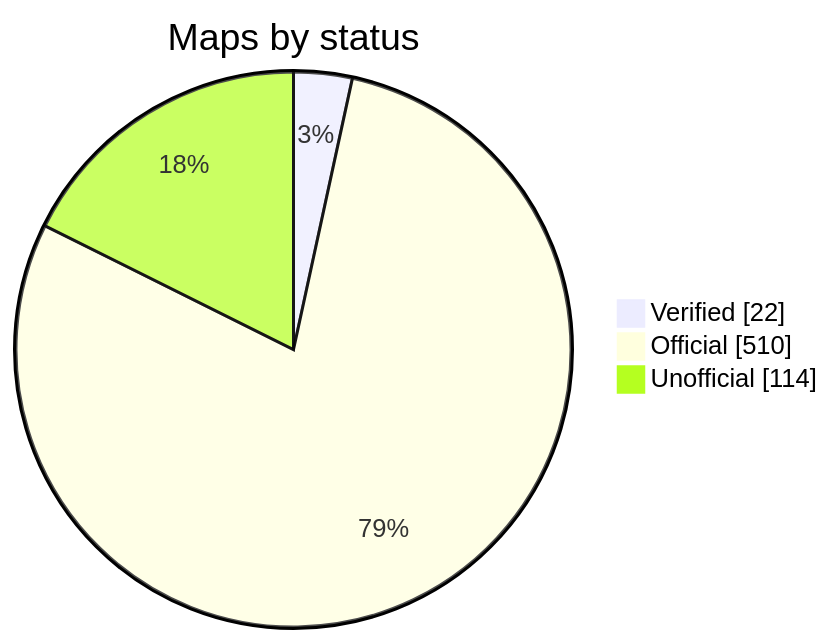
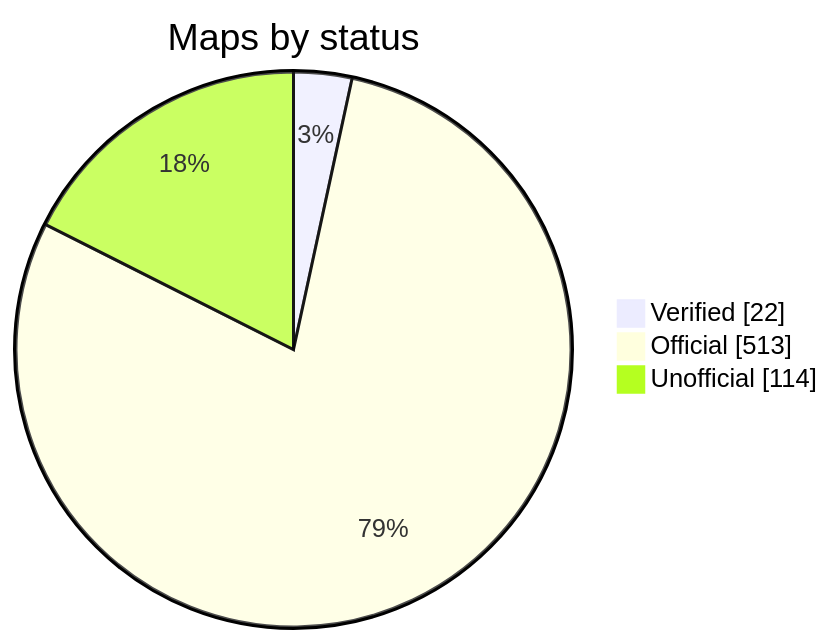
One commit to nobrega8/mbmap-library changed the diagram in README.md. Above: the diagram before and after it, drawn with Mermaid. The commit also changed 8 other files, not shown here.

````diff
--- a/README.md
+++ b/README.md
@@ -52,7 +52,7 @@
 ```mermaid
 pie showData
     title Maps by status
     "Verified" : 22
-    "Official" : 510
+    "Official" : 513
     "Unofficial" : 114
 ```
````
